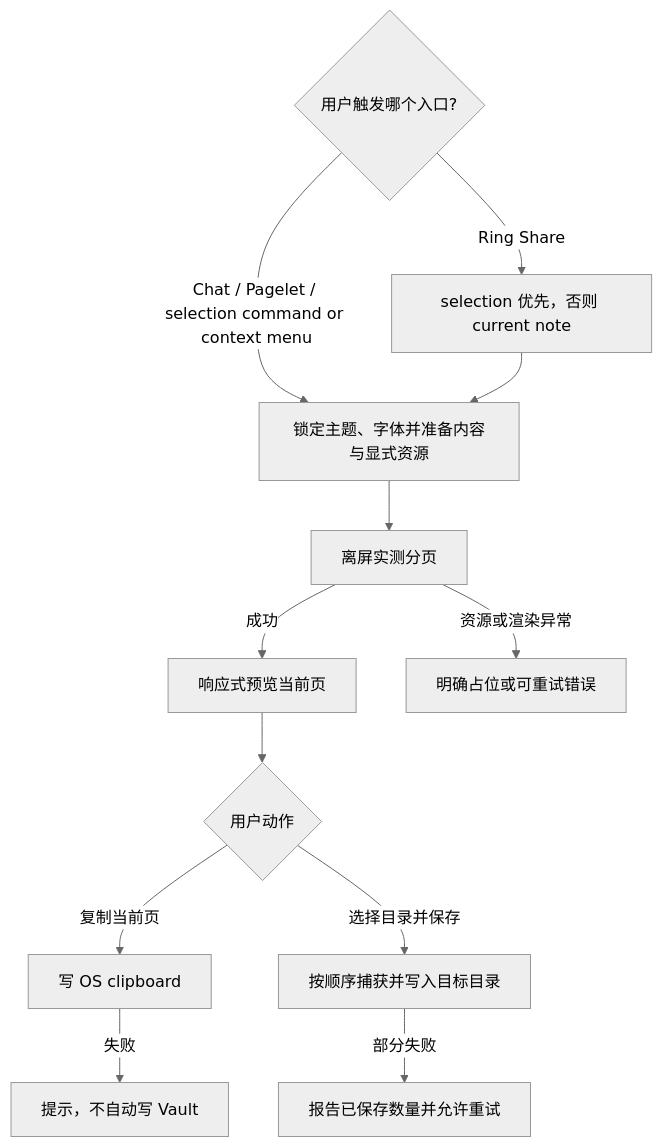
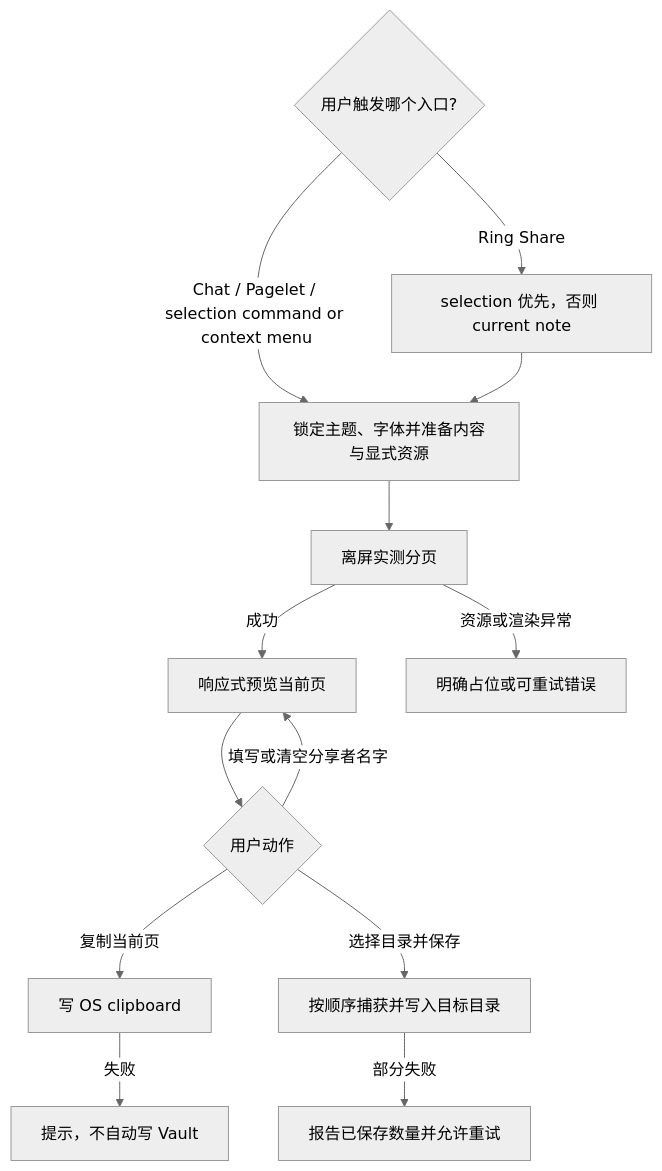
The diagram in docs/product/specs/pa-share-card-product-spec.md (edonyzpc/personal-assistant), drawn with Mermaid (neutral theme) before and after one commit. The commit also changed other lines of this file and 5 other files, not shown here.

````diff
--- a/docs/product/specs/pa-share-card-product-spec.md
+++ b/docs/product/specs/pa-share-card-product-spec.md
@@ -165,15 +219,16 @@
 ```mermaid
 flowchart TD
   A{用户触发哪个入口?}
   A -->|Chat / Pagelet / selection command or context menu| B[锁定主题、字体并准备内容与显式资源]
   A -->|Ring Share| A1[selection 优先，否则 current note]
   A1 --> B
   B --> C[离屏实测分页]
   C -->|成功| D[响应式预览当前页]
   C -->|资源或渲染异常| E[明确占位或可重试错误]
   D --> F{用户动作}
+  F -->|填写或清空分享者名字| D
   F -->|复制当前页| G[写 OS clipboard]
   F -->|选择目录并保存| H[按顺序捕获并写入目标目录]
   G -->|失败| I[提示，不自动写 Vault]
   H -->|部分失败| J[报告已保存数量并允许重试]
 ```
````
